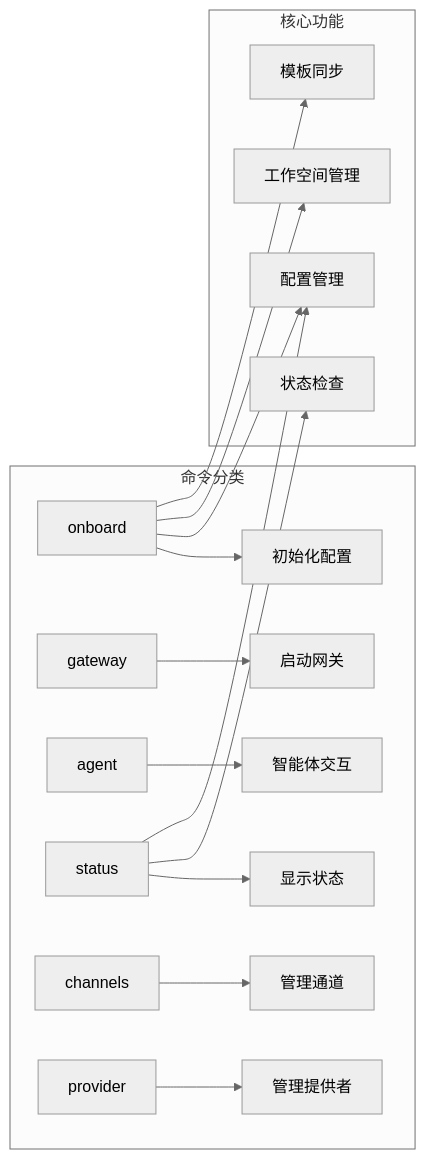
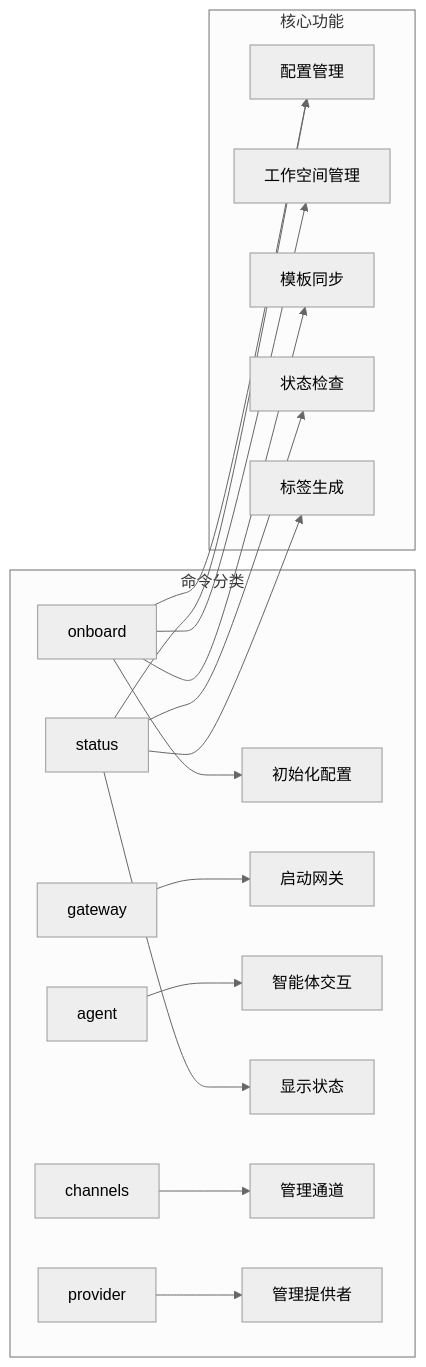
The tenth of 11 diagrams in .qoder/repowiki/zh/content/配置系统/提供者注册系统.md (neciszhang/batbot), drawn with Mermaid (neutral theme) before and after one commit. The commit also changed other lines of this file and 4 other files, not shown here.

````diff
--- a/.qoder/repowiki/zh/content/配置系统/提供者注册系统.md
+++ b/.qoder/repowiki/zh/content/配置系统/提供者注册系统.md
@@ -370,22 +411,24 @@
 ```mermaid
 graph LR
 subgraph "命令分类"
 A[onboard] --> A1[初始化配置]
 B[gateway] --> B1[启动网关]
 C[agent] --> C1[智能体交互]
 D[status] --> D1[显示状态]
 E[channels] --> E1[管理通道]
 F[provider] --> F1[管理提供者]
 end
 subgraph "核心功能"
 G[配置管理]
 H[工作空间管理]
 I[模板同步]
 J[状态检查]
+K[标签生成]
 end
 A --> G
 A --> H
 A --> I
 D --> J
 D --> G
+D --> K
 ```
````
